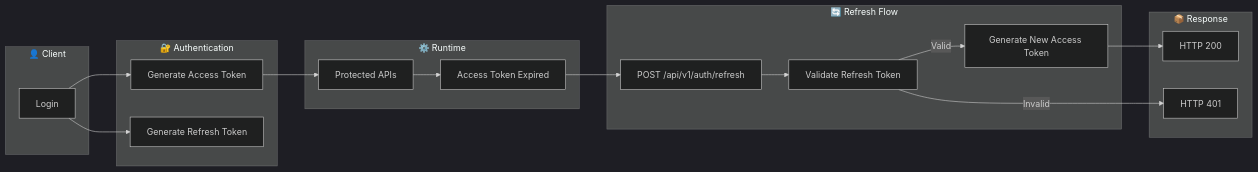
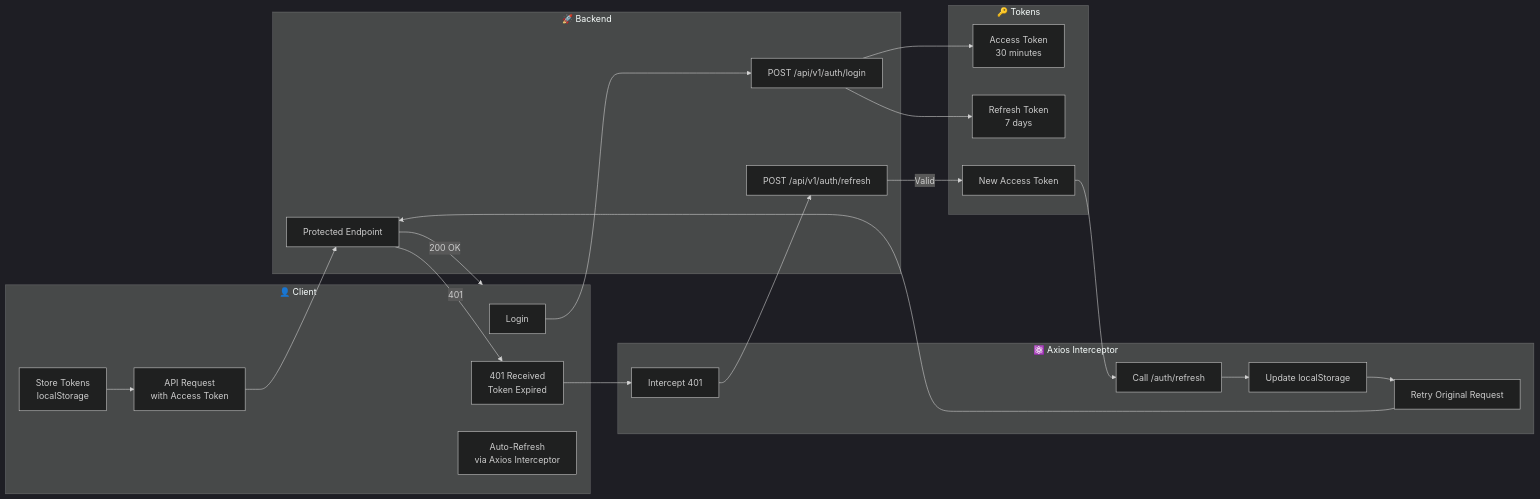
Before and after one commit to kmrgautam18-alt/career-ops-v2: the first of 2 diagrams in docs/diagrams/09-refresh-token-flow.md, drawn with Mermaid (dark theme). The commit also changed other lines of this file and 8 other files, not shown here.

First line of the commit message:
docs: comprehensively update all 17 diagrams to reflect complete feature set

````diff
--- a/docs/diagrams/09-refresh-token-flow.md
+++ b/docs/diagrams/09-refresh-token-flow.md
@@ -13,45 +17,45 @@
 ```mermaid
 flowchart LR
 
 subgraph Client["👤 Client"]
     A["Login"]
+    B["Store Tokens\nlocalStorage"]
+    C["API Request\nwith Access Token"]
+    D["401 Received\nToken Expired"]
+    E["Auto-Refresh\nvia Axios Interceptor"]
 end
 
-subgraph Auth["🔐 Authentication"]
-    B["Generate Access Token"]
-    C["Generate Refresh Token"]
+subgraph Backend["🚀 Backend"]
+    F["POST /api/v1/auth/login"]
+    G["POST /api/v1/auth/refresh"]
+    H["Protected Endpoint"]
 end
 
-subgraph Runtime["⚙️ Runtime"]
-    D["Protected APIs"]
-    E["Access Token Expired"]
+subgraph Tokens["🔑 Tokens"]
+    I["Access Token\n30 minutes"]
+    J["Refresh Token\n7 days"]
+    K["New Access Token"]
 end
 
-subgraph Refresh["🔄 Refresh Flow"]
-    F["POST /api/v1/auth/refresh"]
-    G["Validate Refresh Token"]
-    H["Generate New Access Token"]
+subgraph Frontend["⚛️ Axios Interceptor"]
+    L["Intercept 401"]
+    M["Call /auth/refresh"]
+    N["Update localStorage"]
+    O["Retry Original Request"]
 end
 
-subgraph Response["📦 Response"]
-    I["HTTP 200"]
-    J["HTTP 401"]
-end
-
-A --> B
-A --> C
-
-B --> D
-
-D --> E
-
-E --> F
-
-F --> G
-
-G -->|Valid| H
-
-H --> I
-
-G -->|Invalid| J
+A --> F
+F --> I
+F --> J
+B --> C
+C --> H
+H -->|"401"| D
+D --> L
+L --> G
+G -->|"Valid"| K
+K --> M
+M --> N
+N --> O
+O --> H
+H -->|"200 OK"| Client
 ```
````
